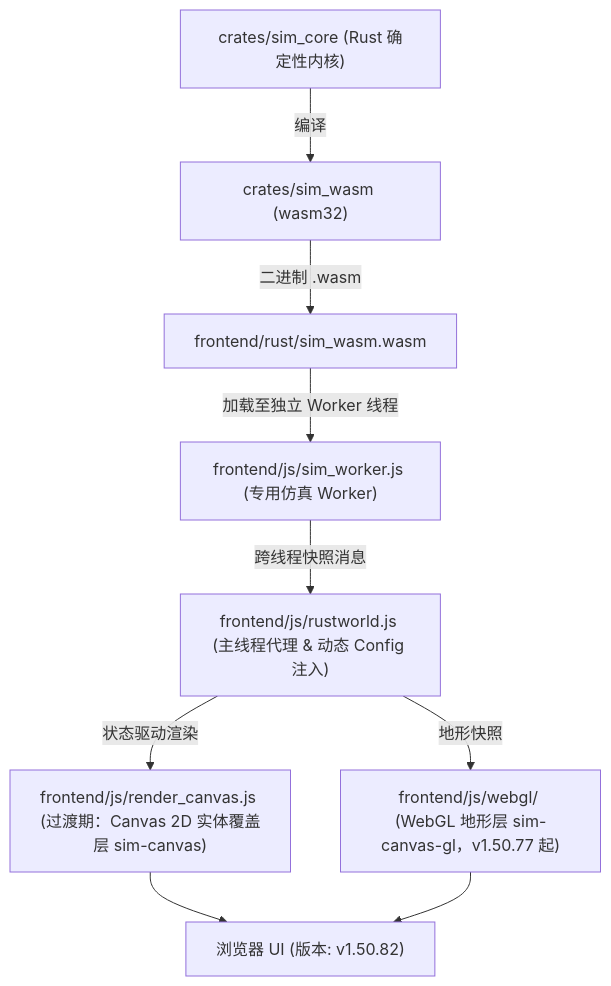
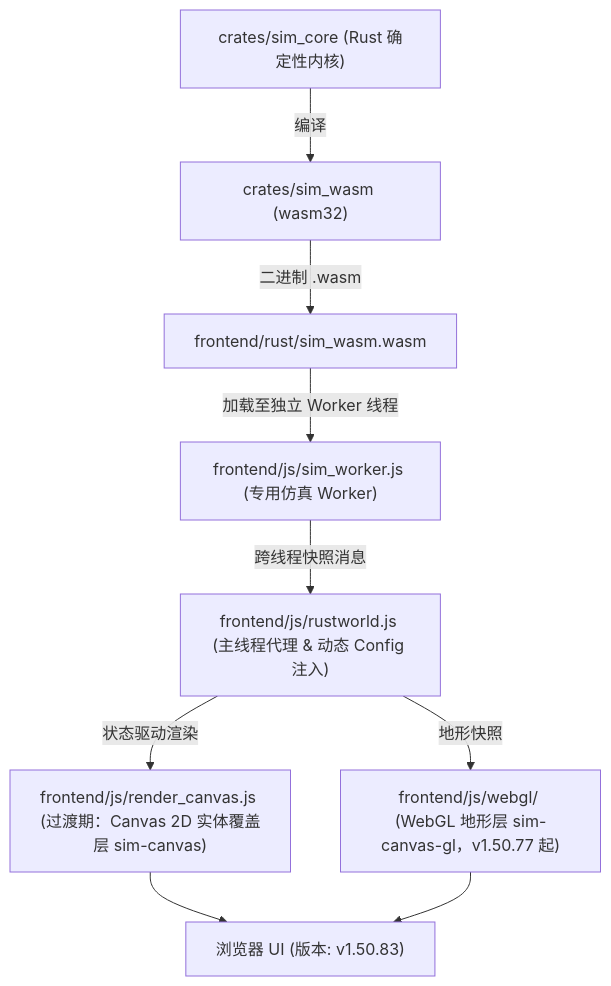
One commit to g39088902/FlowAndAccord changed the diagram in AGENTS.md. Above: the diagram before and after it, drawn with Mermaid. The commit also changed other lines of this file and 15 other files, not shown here.

````diff
--- a/AGENTS.md
+++ b/AGENTS.md
@@ -62,12 +62,12 @@
 ```mermaid
 graph TD
     A["crates/sim_core (Rust 确定性内核)"] -->|编译| B["crates/sim_wasm (wasm32)"]
     B -->|二进制 .wasm| C["frontend/rust/sim_wasm.wasm"]
     C -->|加载至独立 Worker 线程| D["frontend/js/sim_worker.js (专用仿真 Worker)"]
     D -->|跨线程快照消息| E["frontend/js/rustworld.js (主线程代理 & 动态 Config 注入)"]
     E -->|状态驱动渲染| F["frontend/js/render_canvas.js (过渡期：Canvas 2D 实体覆盖层 sim-canvas)"]
     E -->|地形快照| F2["frontend/js/webgl/ (WebGL 地形层 sim-canvas-gl，v1.50.77 起)"]
-    F --> G["浏览器 UI (版本: v1.50.82)"]
+    F --> G["浏览器 UI (版本: v1.50.83)"]
     F2 --> G
 
 ```
````
